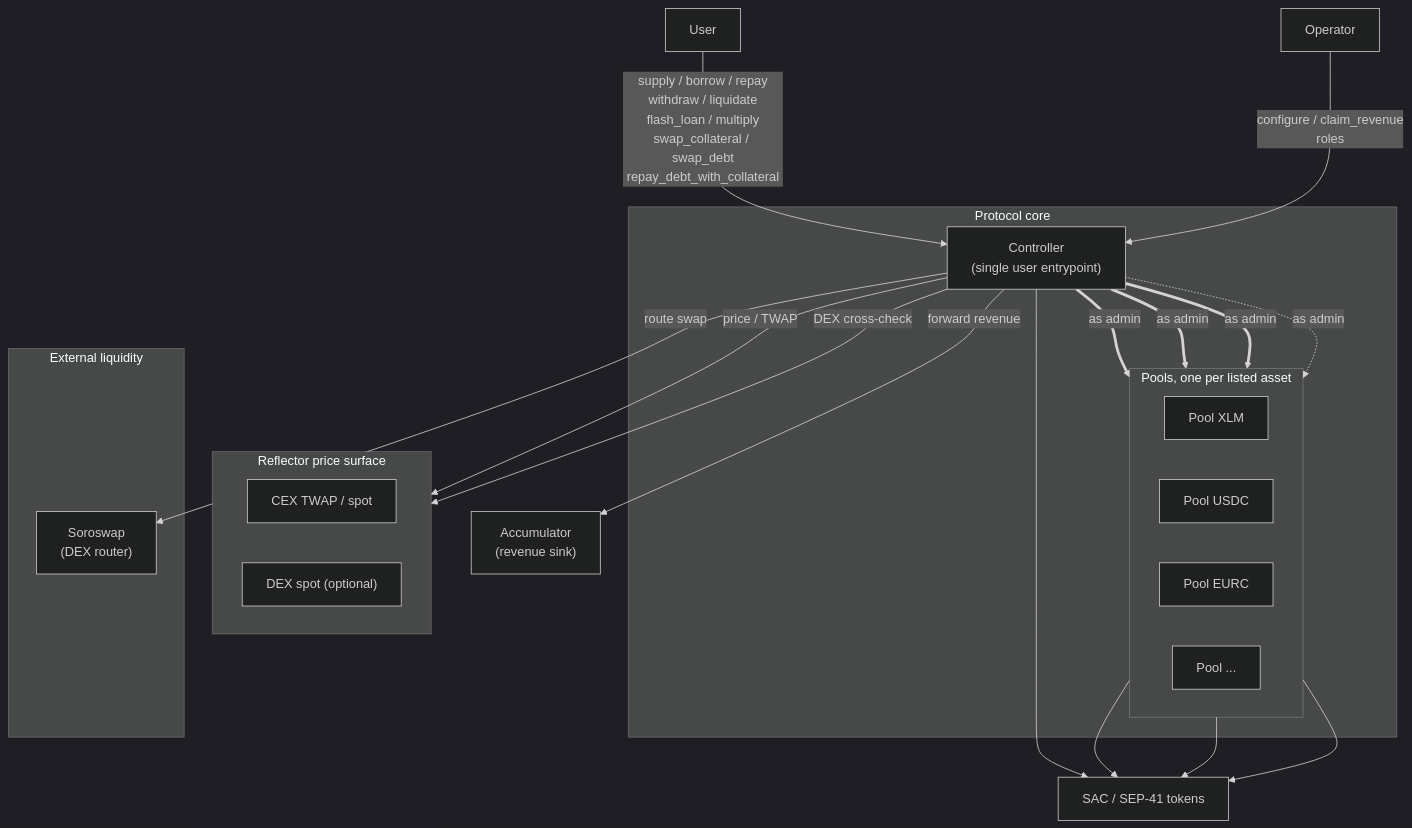
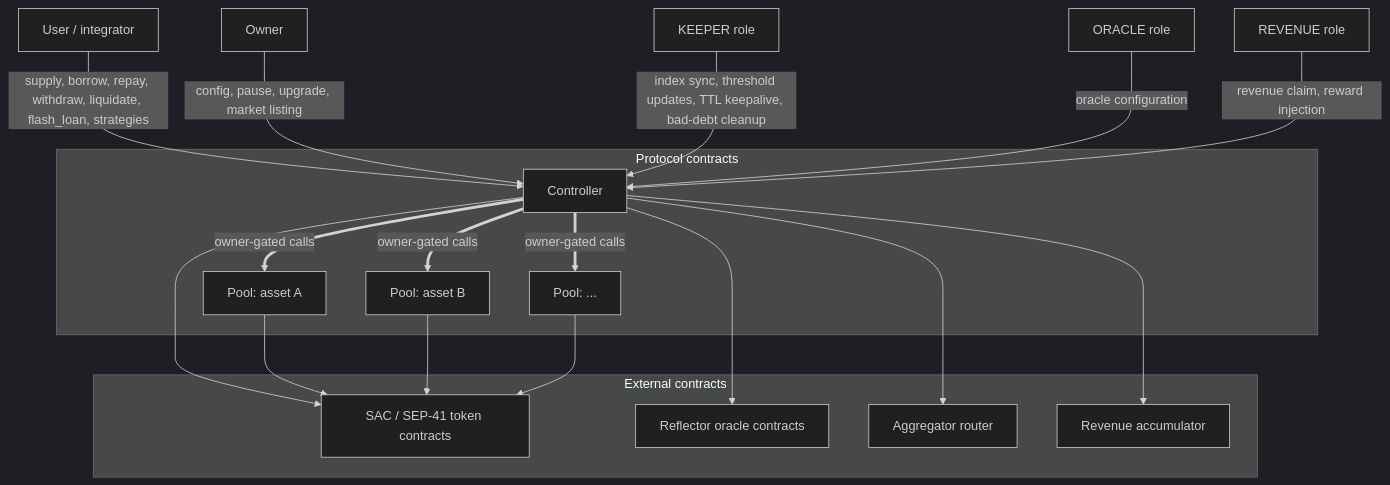
One commit to XOXNO/rs-lending-xlm changed the first of 14 diagrams in SCF_BUILD_ARCHITECTURE.md. Above: the diagram before and after it, drawn with Mermaid (dark theme). The commit also changed other lines of this file and 332 other files, not shown here.

````diff
--- a/SCF_BUILD_ARCHITECTURE.md
+++ b/SCF_BUILD_ARCHITECTURE.md
@@ -59,49 +56,40 @@
 ```mermaid
 flowchart TB
-    User
-    Operator
+    User["User / integrator"]
+    Owner["Owner"]
+    Keeper["KEEPER role"]
+    OracleRole["ORACLE role"]
+    RevenueRole["REVENUE role"]
 
-    subgraph core["Protocol core"]
-        Controller["Controller<br/>(single user entrypoint)"]
-        subgraph pools["Pools, one per listed asset"]
-            direction LR
-            PoolXLM["Pool XLM"]
-            PoolUSDC["Pool USDC"]
-            PoolEURC["Pool EURC"]
-            PoolN["Pool ..."]
-        end
+    subgraph Protocol["Protocol contracts"]
+        Controller["Controller"]
+        PoolA["Pool: asset A"]
+        PoolB["Pool: asset B"]
+        PoolN["Pool: ..."]
     end
 
-    subgraph oracles["Reflector price surface"]
-        direction LR
-        CEX["CEX TWAP / spot"]
-        DEX["DEX spot (optional)"]
+    subgraph External["External contracts"]
+        Token["SAC / SEP-41 token contracts"]
+        Reflector["Reflector oracle contracts"]
+        Router["Aggregator router"]
+        Accumulator["Revenue accumulator"]
     end
 
-    subgraph external["External liquidity"]
-        Soroswap["Soroswap<br/>(DEX router)"]
-    end
+    User -->|"supply, borrow, repay, withdraw, liquidate, flash_loan, strategies"| Controller
+    Owner -->|"config, pause, upgrade, market listing"| Controller
+    Keeper -->|"index sync, threshold updates, TTL keepalive, bad-debt cleanup"| Controller
+    OracleRole -->|"oracle configuration"| Controller
+    RevenueRole -->|"revenue claim, reward injection"| Controller
 
-    Tok["SAC / SEP-41 tokens"]
-    Acc["Accumulator<br/>(revenue sink)"]
+    Controller ==>|"owner-gated calls"| PoolA
+    Controller ==>|"owner-gated calls"| PoolB
+    Controller ==>|"owner-gated calls"| PoolN
 
-    User -->|"supply / borrow / repay<br/>withdraw / liquidate<br/>flash_loan / multiply<br/>swap_collateral / swap_debt<br/>repay_debt_with_collateral"| Controller
-    Operator -->|"configure / claim_revenue<br/>roles"| Controller
-
-    Controller ==>|"as admin"| PoolXLM
-    Controller ==>|"as admin"| PoolUSDC
-    Controller ==>|"as admin"| PoolEURC
-    Controller -.->|"as admin"| PoolN
-
-    Controller -->|"price / TWAP"| CEX
-    Controller -->|"DEX cross-check"| DEX
-
-    Controller -->|"route swap"| Soroswap
-
-    Controller --> Tok
-    PoolXLM --> Tok
-    PoolUSDC --> Tok
-    PoolEURC --> Tok
-
-    Controller -->|"forward revenue"| Acc
+    Controller --> Reflector
+    Controller --> Router
+    Controller --> Token
+    PoolA --> Token
+    PoolB --> Token
+    PoolN --> Token
+    Controller --> Accumulator
 ```
````
